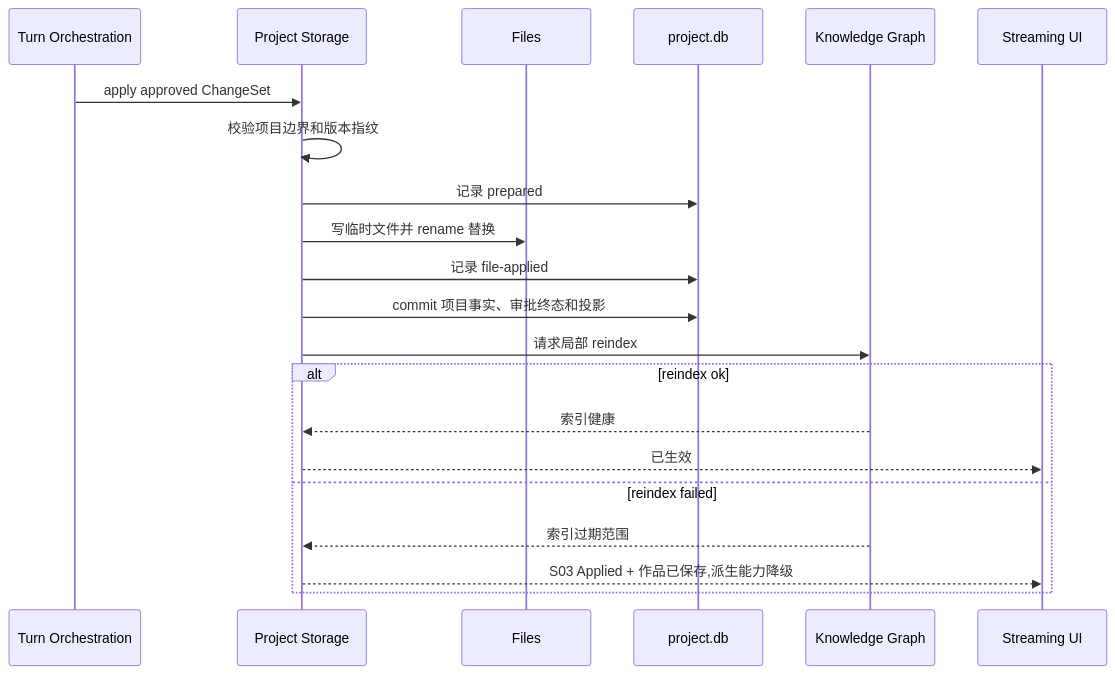
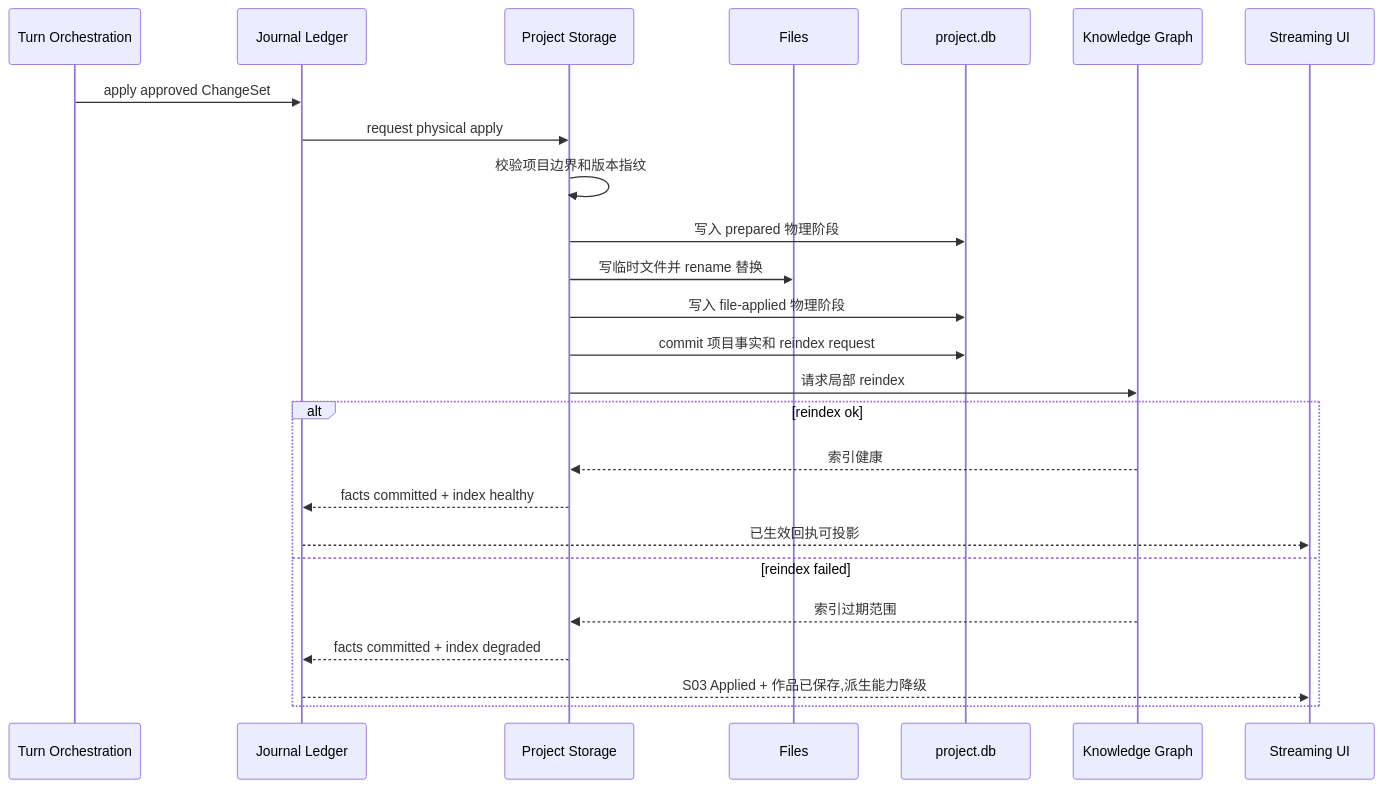
The second of 3 diagrams in spec/S14-project-storage.md (jinhuang712/open-novel), drawn with Mermaid before and after one commit. The commit also changed other lines of this file and 12 other files, not shown here.

Commit message:
docs: add journal ledger system

````diff
--- a/spec/S14-project-storage.md
+++ b/spec/S14-project-storage.md
@@ -118,24 +118,28 @@
 ```mermaid
 sequenceDiagram
   participant O as Turn Orchestration
+  participant J as Journal Ledger
   participant S as Project Storage
   participant F as Files
   participant D as project.db
   participant K as Knowledge Graph
   participant UI as Streaming UI
 
-  O->>S: apply approved ChangeSet
+  O->>J: apply approved ChangeSet
+  J->>S: request physical apply
   S->>S: 校验项目边界和版本指纹
-  S->>D: 记录 prepared
+  S->>D: 写入 prepared 物理阶段
   S->>F: 写临时文件并 rename 替换
-  S->>D: 记录 file-applied
-  S->>D: commit 项目事实、审批终态和投影
+  S->>D: 写入 file-applied 物理阶段
+  S->>D: commit 项目事实和 reindex request
   S->>K: 请求局部 reindex
   alt reindex ok
     K-->>S: 索引健康
-    S-->>UI: 已生效
+    S-->>J: facts committed + index healthy
+    J-->>UI: 已生效回执可投影
   else reindex failed
     K-->>S: 索引过期范围
-    S-->>UI: S03 Applied + 作品已保存,派生能力降级
+    S-->>J: facts committed + index degraded
+    J-->>UI: S03 Applied + 作品已保存,派生能力降级
   end
 ```
````
